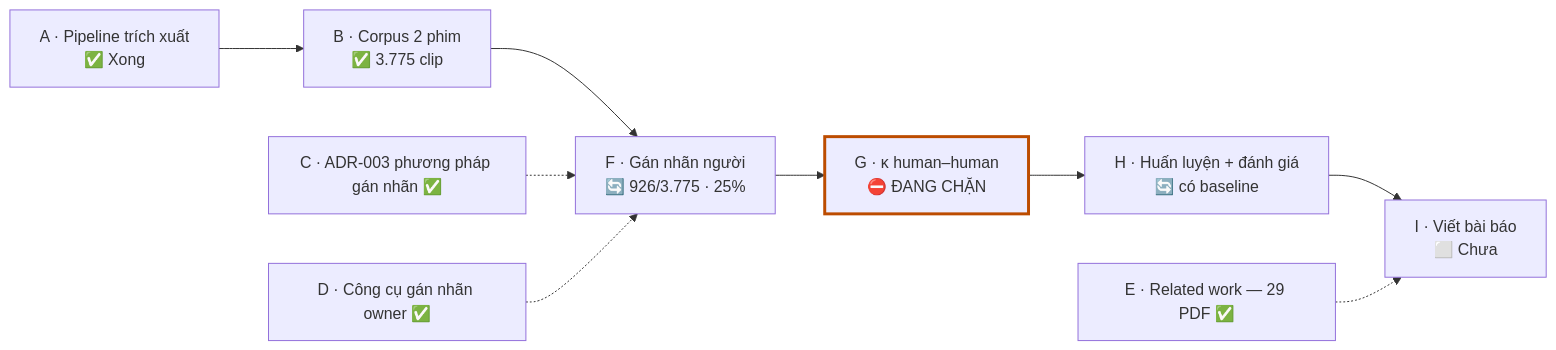
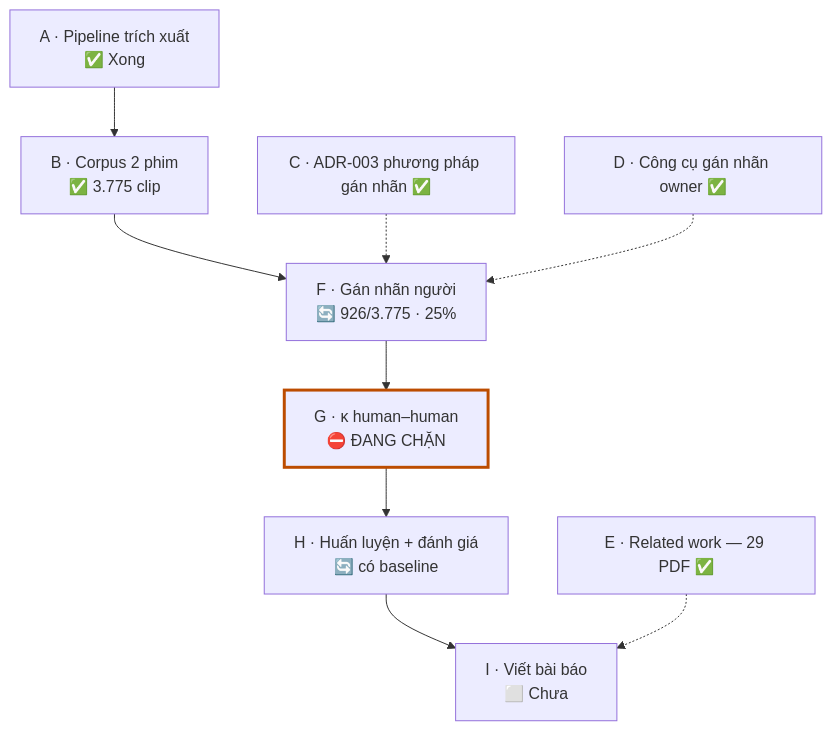
Before and after one commit to Pebble-Platform/pebble-llm: the first of 2 diagrams in docs/progress-report-2026-07-29.md, drawn with Mermaid. The commit also changed 1 other file, not shown here.

Commit message:
docs(report): lay §3 flow out vertically, same order
Stages now stack A ↓ B ↓ F ↓ G ↓ H ↓ I instead of scrolling sideways. The extra
width lets each card put its name and status on one line with the detail underneath,
so the whole chain is readable without horizontal scrolling — which is what the
row layout forced at six stages.

Arrows changed → to ↓. Mermaid in the .md switched LR to TD to match.

````diff
--- a/docs/progress-report-2026-07-29.md
+++ b/docs/progress-report-2026-07-29.md
@@ -138,12 +138,12 @@
 ```mermaid
-flowchart LR
+flowchart TD
   A["A · Pipeline trích xuất<br/>✅ Xong"] --> B["B · Corpus 2 phim<br/>✅ 3.775 clip"]
   B --> F["F · Gán nhãn người<br/>🔄 926/3.775 · 25%"]
   F --> G["G · κ human–human<br/>⛔ ĐANG CHẶN"]
   G --> H["H · Huấn luyện + đánh giá<br/>🔄 có baseline"]
   H --> I["I · Viết bài báo<br/>⬜ Chưa"]
   C["C · ADR-003 phương pháp gán nhãn ✅"] -.-> F
   D["D · Công cụ gán nhãn owner ✅"] -.-> F
   E["E · Related work — 29 PDF ✅"] -.-> I
   style G stroke:#bc4c00,stroke-width:3px
 ```
````
